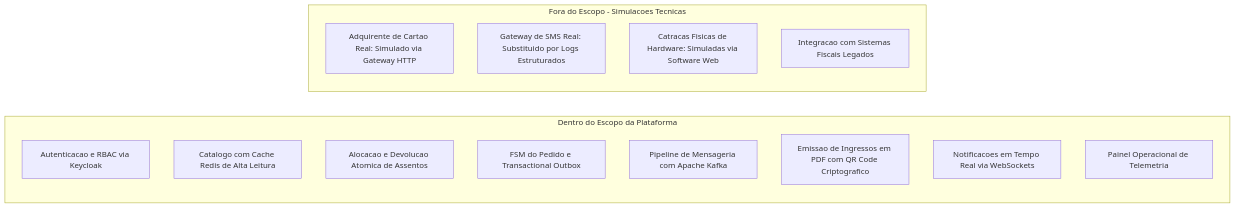
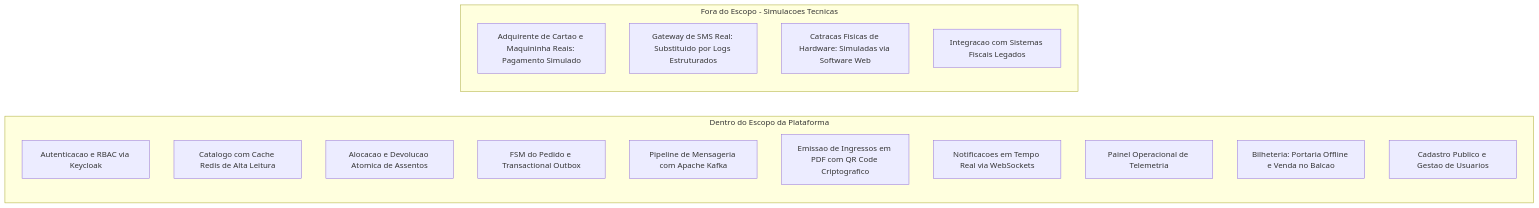
One commit to leofwingert/BolsoPass changed the diagram in Pacote 1 - Processo de Desenvolvimento e Requisitos/02 - Documento de Visao do Produto.md. Above: the diagram before and after it, drawn with Mermaid. The commit also changed other lines of this file and 8 other files, not shown here.

Commit message:
docs: atualiza Pacote 1 com bilheteria, contas e rotas reais

````diff
--- a/Pacote 1 - Processo de Desenvolvimento e Requisitos/02 - Documento de Visao do Produto.md
+++ b/Pacote 1 - Processo de Desenvolvimento e Requisitos/02 - Documento de Visao do Produto.md
@@ -96,20 +107,22 @@
 ```mermaid
 graph LR
     subgraph Dentro do Escopo da Plataforma
         I1[Autenticacao e RBAC via Keycloak]
         I2[Catalogo com Cache Redis de Alta Leitura]
         I3[Alocacao e Devolucao Atomica de Assentos]
         I4[FSM do Pedido e Transactional Outbox]
         I5[Pipeline de Mensageria com Apache Kafka]
         I6[Emissao de Ingressos em PDF com QR Code Criptografico]
         I7[Notificacoes em Tempo Real via WebSockets]
         I8[Painel Operacional de Telemetria]
+        I9[Bilheteria: Portaria Offline e Venda no Balcao]
+        I10[Cadastro Publico e Gestao de Usuarios]
     end
 
     subgraph Fora do Escopo - Simulacoes Tecnicas
-        O1[Adquirente de Cartao Real: Simulado via Gateway HTTP]
+        O1[Adquirente de Cartao e Maquininha Reais: Pagamento Simulado]
         O2[Gateway de SMS Real: Substituido por Logs Estruturados]
         O3[Catracas Fisicas de Hardware: Simuladas via Software Web]
         O4[Integracao com Sistemas Fiscais Legados]
     end
 ```
````
